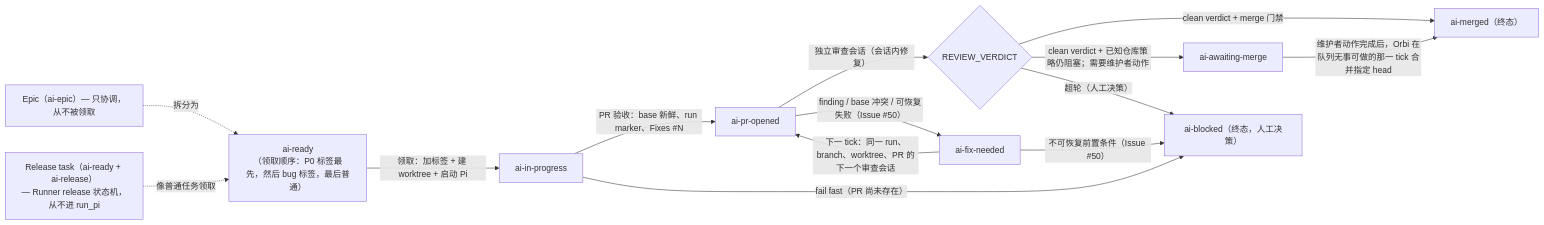
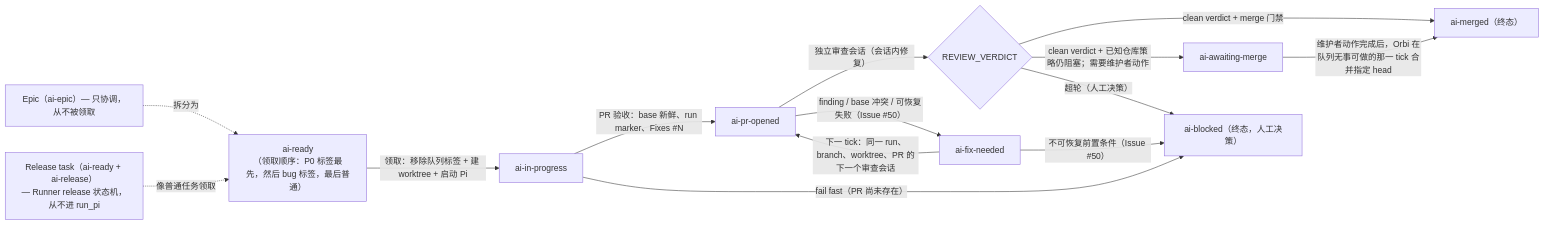
The diagram in docs/zh/workflow.mdx (orbi-build/orbi), drawn with Mermaid before and after one commit. The commit also changed other lines of this file and 49 other files, not shown here.

````diff
--- a/docs/zh/workflow.mdx
+++ b/docs/zh/workflow.mdx
@@ -28,19 +28,19 @@
 ```mermaid
 flowchart LR
   epic["Epic（ai-epic）— 只协调，从不被领取"]
   epic -.拆分为.-> ready
   release["Release task（ai-ready + ai-release）<br/>— Runner release 状态机，从不进 run_pi"]
   release -.像普通任务领取.-> ready
   ready["ai-ready<br/>（领取顺序：P0 标签最先，然后 bug 标签，最后普通）"]
-  ready -->|领取：加标签 + 建 worktree + 启动 Pi| progress["ai-in-progress"]
+  ready -->|领取：移除队列标签 + 建 worktree + 启动 Pi| progress["ai-in-progress"]
   progress -->|PR 验收：base 新鲜、run marker、Fixes #N| opened["ai-pr-opened"]
   opened -->|独立审查会话（会话内修复）| verdict{"REVIEW_VERDICT"}
   verdict -->|clean verdict + merge 门禁| merged["ai-merged（终态）"]
   verdict -->|clean verdict + 已知仓库策略仍阻塞；需要维护者动作| awaiting["ai-awaiting-merge"]
   awaiting -->|维护者动作完成后，Orbi 在队列无事可做的那一 tick 合并指定 head| merged
   verdict -->|超轮（人工决策）| blocked["ai-blocked（终态，人工决策）"]
   opened -->|finding / base 冲突 / 可恢复失败（Issue #50）| fixneeded["ai-fix-needed"]
   fixneeded -->|下一 tick：同一 run、branch、worktree、PR 的下一个审查会话| opened
   fixneeded -->|不可恢复前置条件（Issue #50）| blocked
   progress -->|fail fast（PR 尚未存在）| blocked
 ```
````
